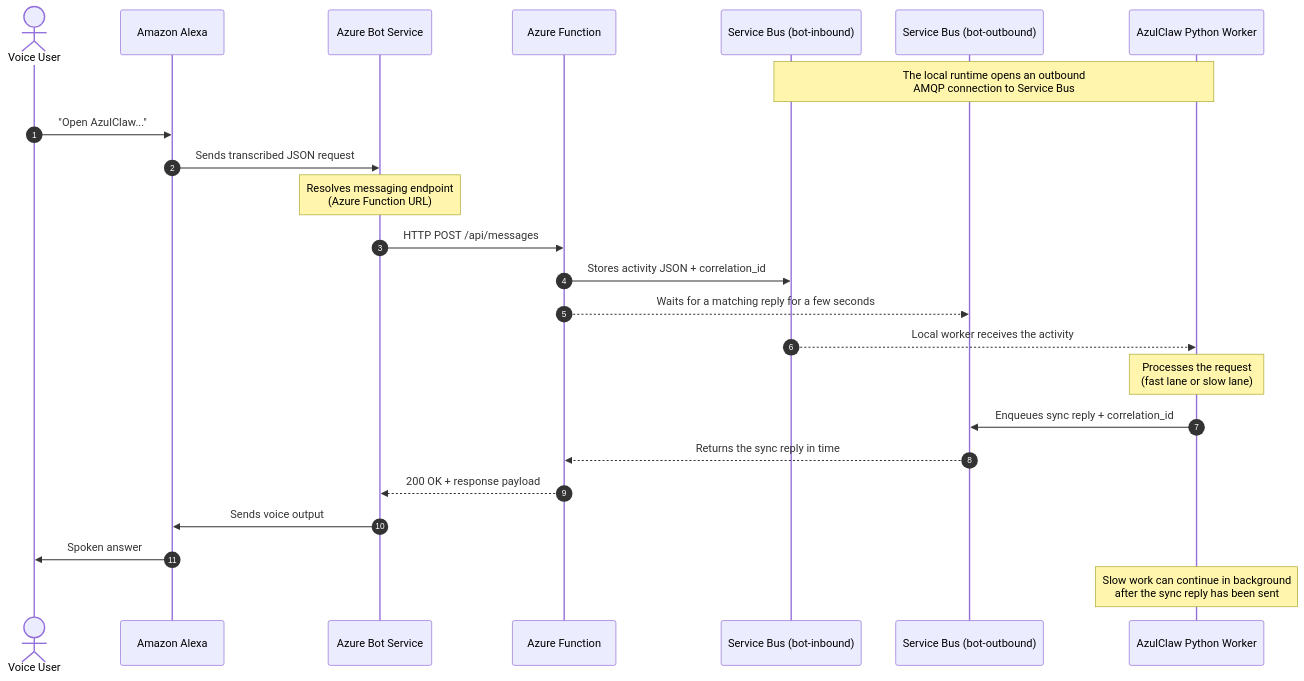
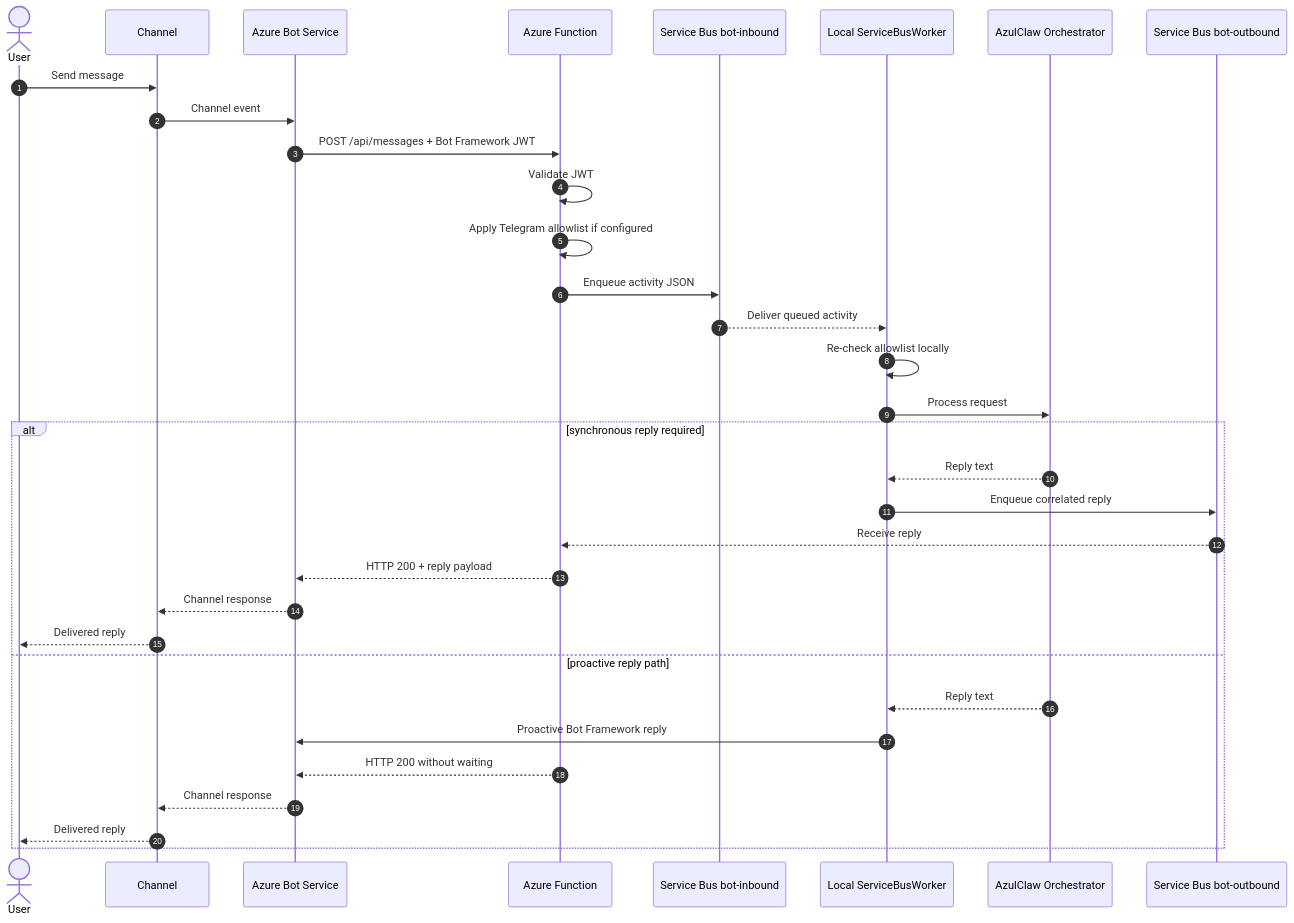
One commit to Javierif/AzulClaw changed the second of 2 diagrams in docs/12_azure_bot_architecture.md. Above: the diagram before and after it, drawn with Mermaid. The commit also changed other lines of this file and 11 other files, not shown here.

First line of the commit message:
Enhance Azure Bot Deployment Guide and add Channels and Transport documentation

````diff
--- a/docs/12_azure_bot_architecture.md
+++ b/docs/12_azure_bot_architecture.md
@@ -51,29 +132,37 @@
 ```mermaid
 sequenceDiagram
     autonumber
-    actor U as Voice User
-    participant A as Amazon Alexa
+    actor U as User
+    participant C as Channel
     participant B as Azure Bot Service
     participant F as Azure Function
-    participant QI as Service Bus (bot-inbound)
-    participant QO as Service Bus (bot-outbound)
-    participant L as AzulClaw Python Worker
-    
-    Note over L,QI: The local runtime opens an outbound<br/>AMQP connection to Service Bus
-    
-    U->>A: "Open AzulClaw..."
-    A->>B: Sends transcribed JSON request
-    Note over B: Resolves messaging endpoint<br/>(Azure Function URL)
-    B->>F: HTTP POST /api/messages
-    F->>QI: Stores activity JSON + correlation_id
-    F-->>QO: Waits for a matching reply for a few seconds
-    QI-->>L: Local worker receives the activity
-    Note over L: Processes the request<br/>(fast lane or slow lane)
-    L->>QO: Enqueues sync reply + correlation_id
-    QO-->>F: Returns the sync reply in time
-    F-->>B: 200 OK + response payload
-    B->>A: Sends voice output
-    A->>U: Spoken answer
-    
-    Note over L: Slow work can continue in background<br/>after the sync reply has been sent
+    participant QI as Service Bus bot-inbound
+    participant L as Local ServiceBusWorker
+    participant O as AzulClaw Orchestrator
+    participant QO as Service Bus bot-outbound
+
+    U->>C: Send message
+    C->>B: Channel event
+    B->>F: POST /api/messages + Bot Framework JWT
+    F->>F: Validate JWT
+    F->>F: Apply Telegram allowlist if configured
+    F->>QI: Enqueue activity JSON
+    QI-->>L: Deliver queued activity
+    L->>L: Re-check allowlist locally
+    L->>O: Process request
+
+    alt synchronous reply required
+        O-->>L: Reply text
+        L->>QO: Enqueue correlated reply
+        QO-->>F: Receive reply
+        F-->>B: HTTP 200 + reply payload
+        B-->>C: Channel response
+        C-->>U: Delivered reply
+    else proactive reply path
+        O-->>L: Reply text
+        L->>B: Proactive Bot Framework reply
+        F-->>B: HTTP 200 without waiting
+        B-->>C: Channel response
+        C-->>U: Delivered reply
+    end
 ```
````
